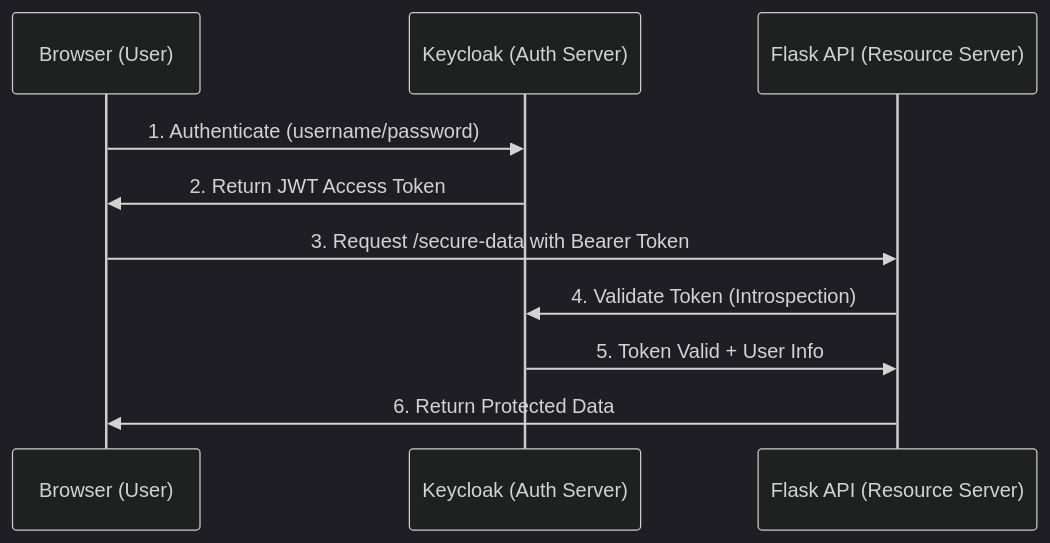
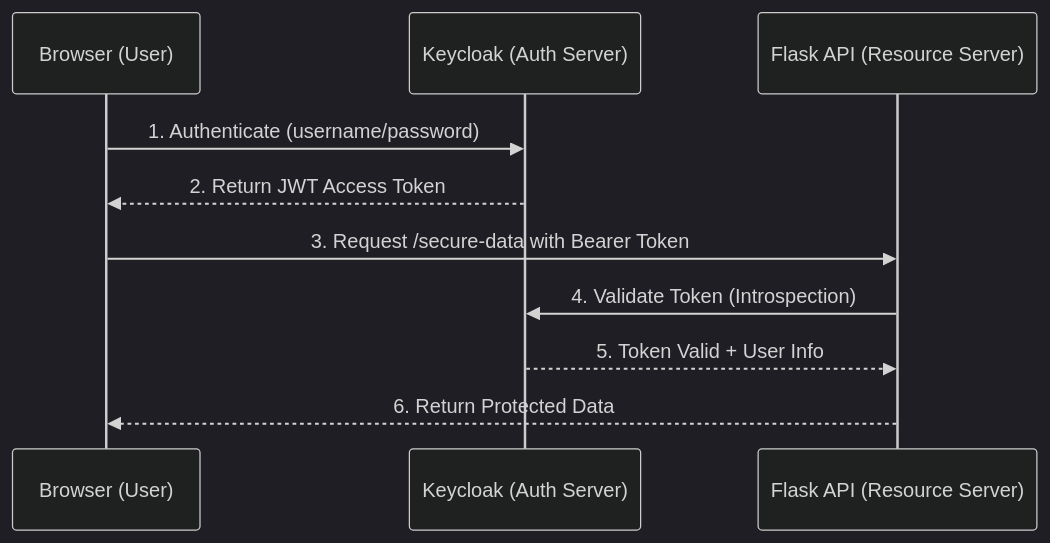
One commit to gamaware/system-design-course changed the diagram in 06-security-https-oauth2-keycloak/README.md. Above: the diagram before and after it, drawn with Mermaid (dark theme). The commit also changed 7 other files, not shown here.

Commit message:
feat: enhance Mermaid diagrams with semantic shapes and styling

````diff
--- a/06-security-https-oauth2-keycloak/README.md
+++ b/06-security-https-oauth2-keycloak/README.md
@@ -146,16 +146,16 @@
 ```mermaid
 sequenceDiagram
     participant User as Browser (User)
     participant KC as Keycloak (Auth Server)
     participant API as Flask API (Resource Server)
 
     %% Authentication phase
     User ->> KC: 1. Authenticate (username/password)
-    KC ->> User: 2. Return JWT Access Token
+    KC -->> User: 2. Return JWT Access Token
 
     %% API request with token validation
     User ->> API: 3. Request /secure-data with Bearer Token
     API ->> KC: 4. Validate Token (Introspection)
-    KC ->> API: 5. Token Valid + User Info
-    API ->> User: 6. Return Protected Data
+    KC -->> API: 5. Token Valid + User Info
+    API -->> User: 6. Return Protected Data
 ```
````
